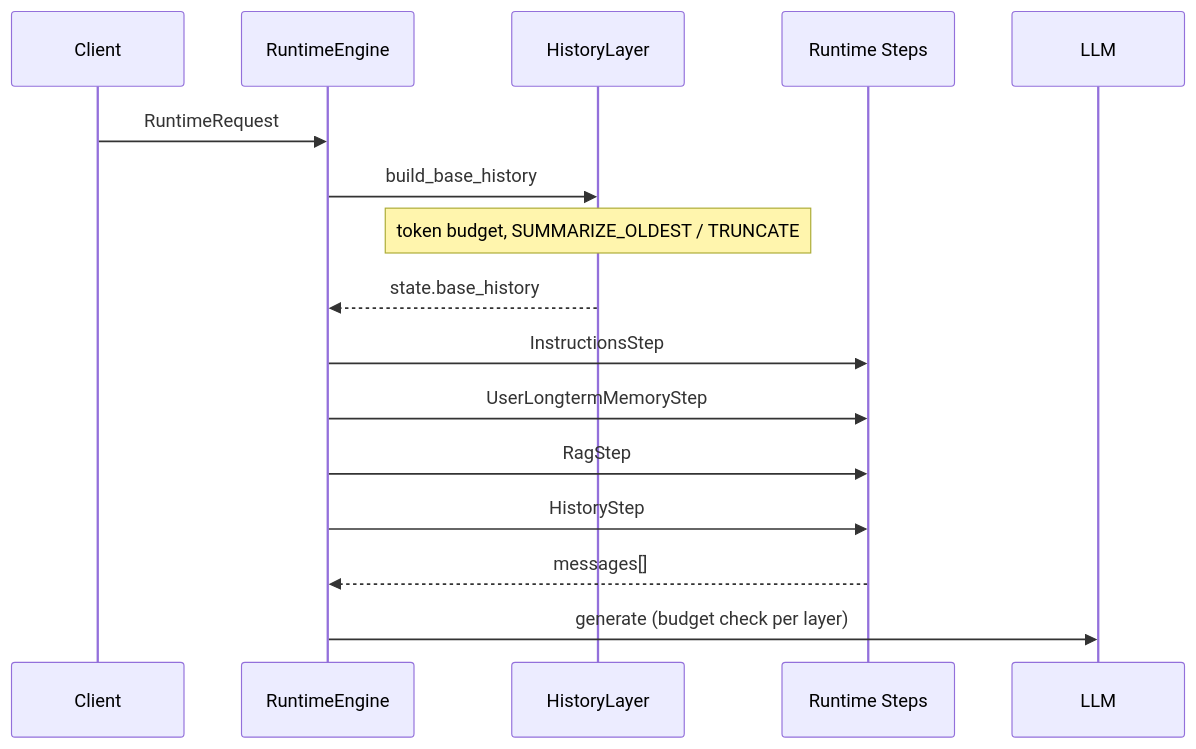
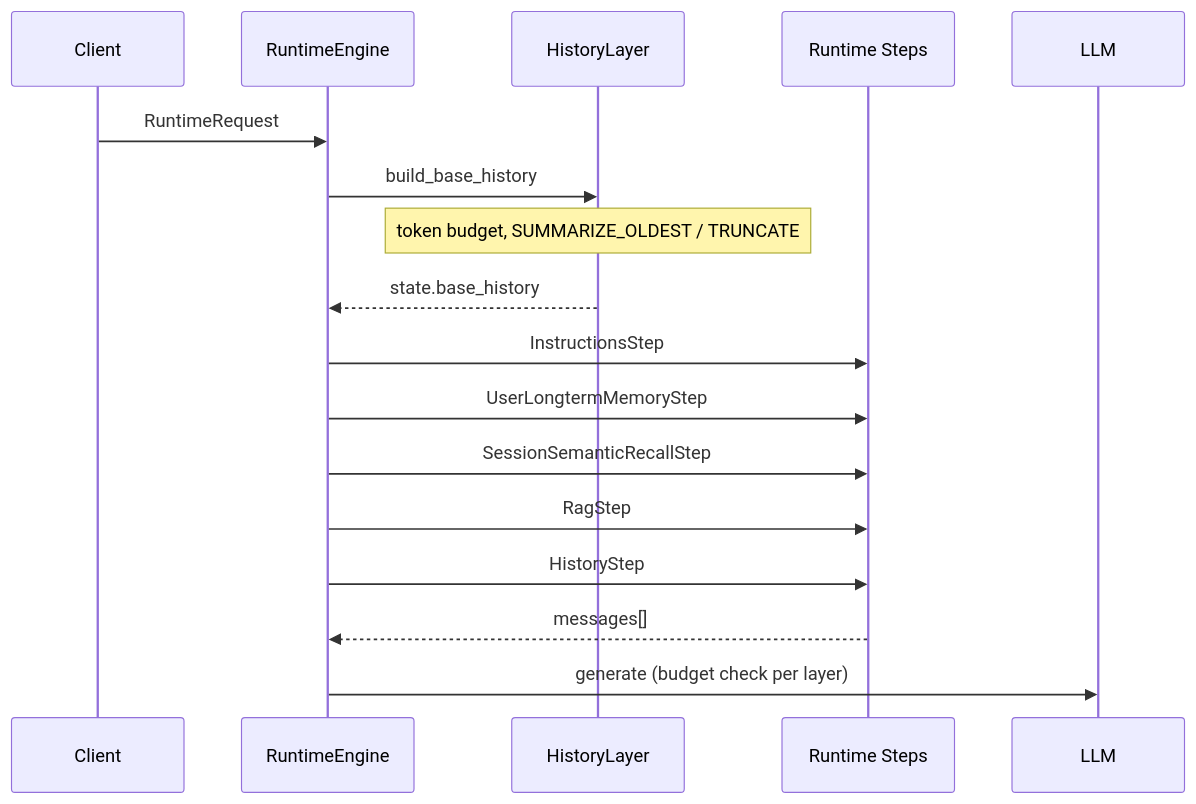
Before and after one commit to jakbuczarnecki/intergrax: the third of 4 diagrams in docs/architecture/MEMORY.md, drawn with Mermaid. The commit also changed other lines of this file and 5 other files, not shown here.

Commit message:
docs(memory): MEM-VEC plan for LTM and session vector semantic recall

````diff
--- a/docs/architecture/MEMORY.md
+++ b/docs/architecture/MEMORY.md
@@ -195,19 +268,20 @@
 ```mermaid
 sequenceDiagram
     participant Client
     participant Engine as RuntimeEngine
     participant HL as HistoryLayer
     participant Steps as Runtime Steps
     participant LLM
 
     Client->>Engine: RuntimeRequest
     Engine->>HL: build_base_history
     Note over HL: token budget, SUMMARIZE_OLDEST / TRUNCATE
     HL-->>Engine: state.base_history
     Engine->>Steps: InstructionsStep
     Engine->>Steps: UserLongtermMemoryStep
+    Engine->>Steps: SessionSemanticRecallStep
     Engine->>Steps: RagStep
     Engine->>Steps: HistoryStep
     Steps-->>Engine: messages[]
     Engine->>LLM: generate (budget check per layer)
 ```
````
